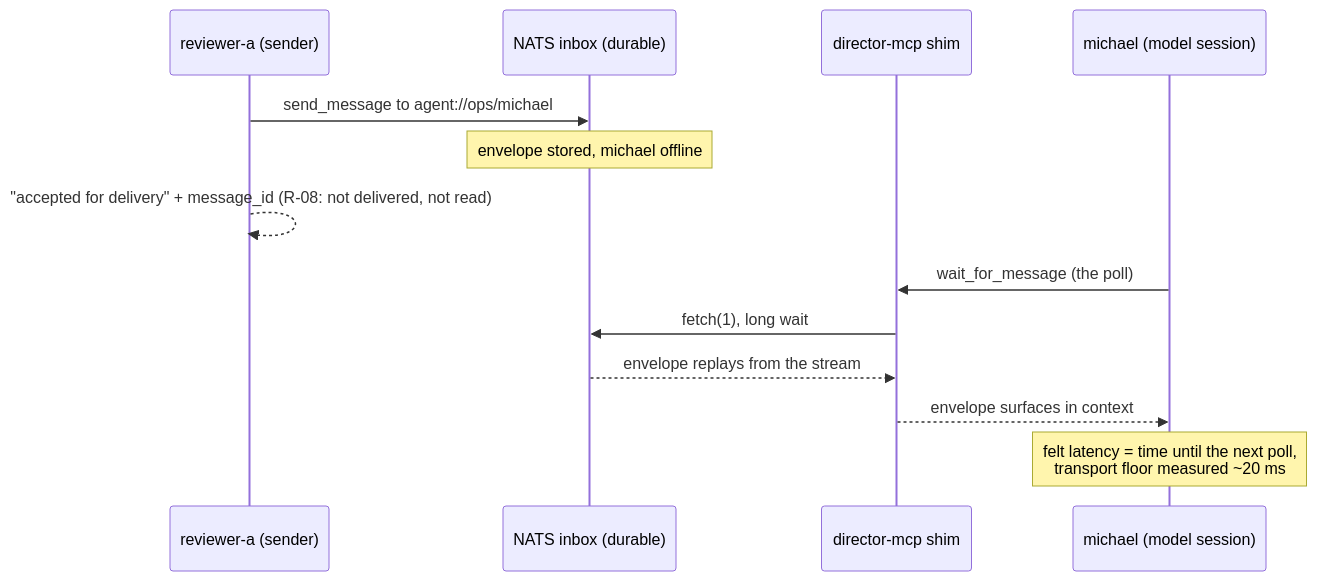
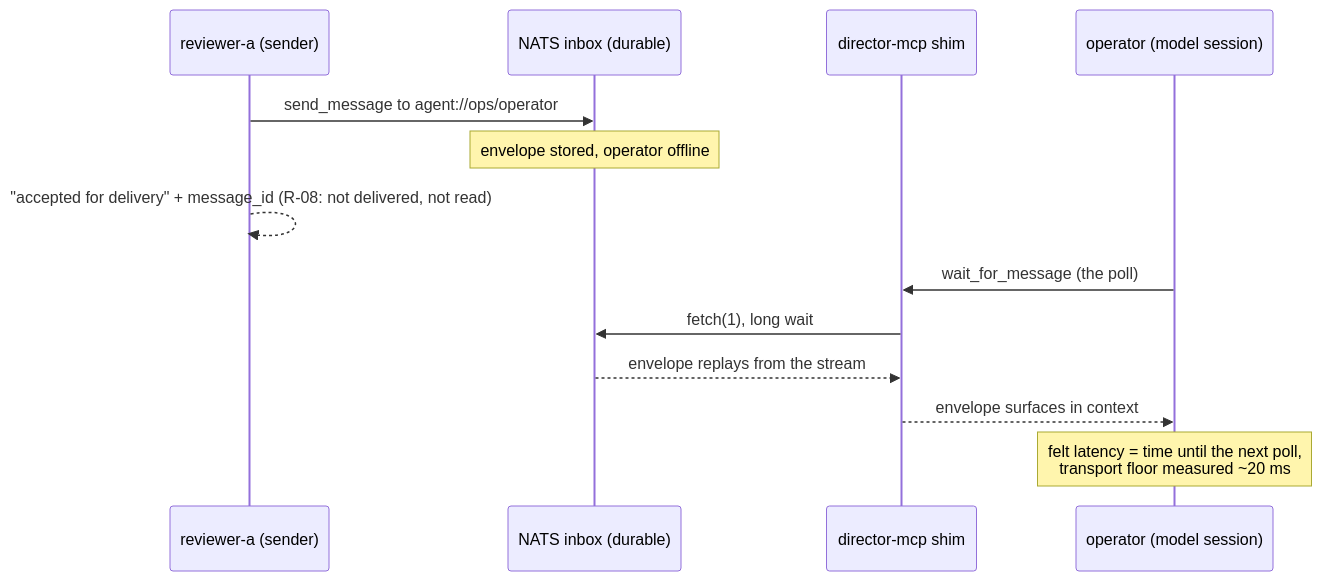
Before and after one commit to ArcavenAE/director: the fourth of 11 diagrams in docs/architecture.md, drawn with Mermaid. The commit also changed 24 other files, not shown here.

First line of the commit message:
docs(director): use the placeholder agent://ops/operator for the operator identity (#147)

````diff
--- a/docs/architecture.md
+++ b/docs/architecture.md
@@ -125,16 +125,16 @@
 ```mermaid
 sequenceDiagram
   participant Snd as reviewer-a (sender)
   participant Bus as NATS inbox (durable)
   participant Sh as director-mcp shim
-  participant M as michael (model session)
+  participant M as operator (model session)
 
-  Snd->>Bus: send_message to agent://ops/michael
-  Note over Bus: envelope stored, michael offline
+  Snd->>Bus: send_message to agent://ops/operator
+  Note over Bus: envelope stored, operator offline
   Snd-->>Snd: "accepted for delivery" + message_id (R-08: not delivered, not read)
   M->>Sh: wait_for_message (the poll)
   Sh->>Bus: fetch(1), long wait
   Bus-->>Sh: envelope replays from the stream
   Sh-->>M: envelope surfaces in context
   Note over M: felt latency = time until the next poll,<br/>transport floor measured ~20 ms
 ```
````
